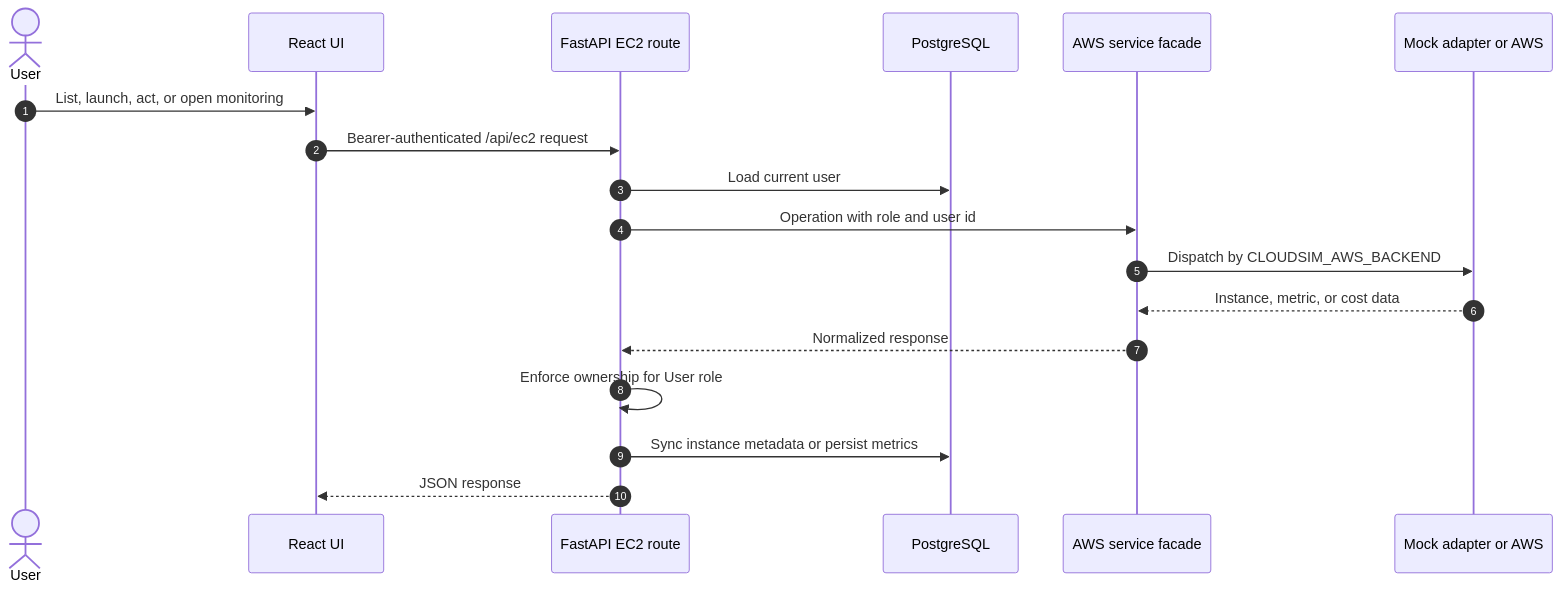
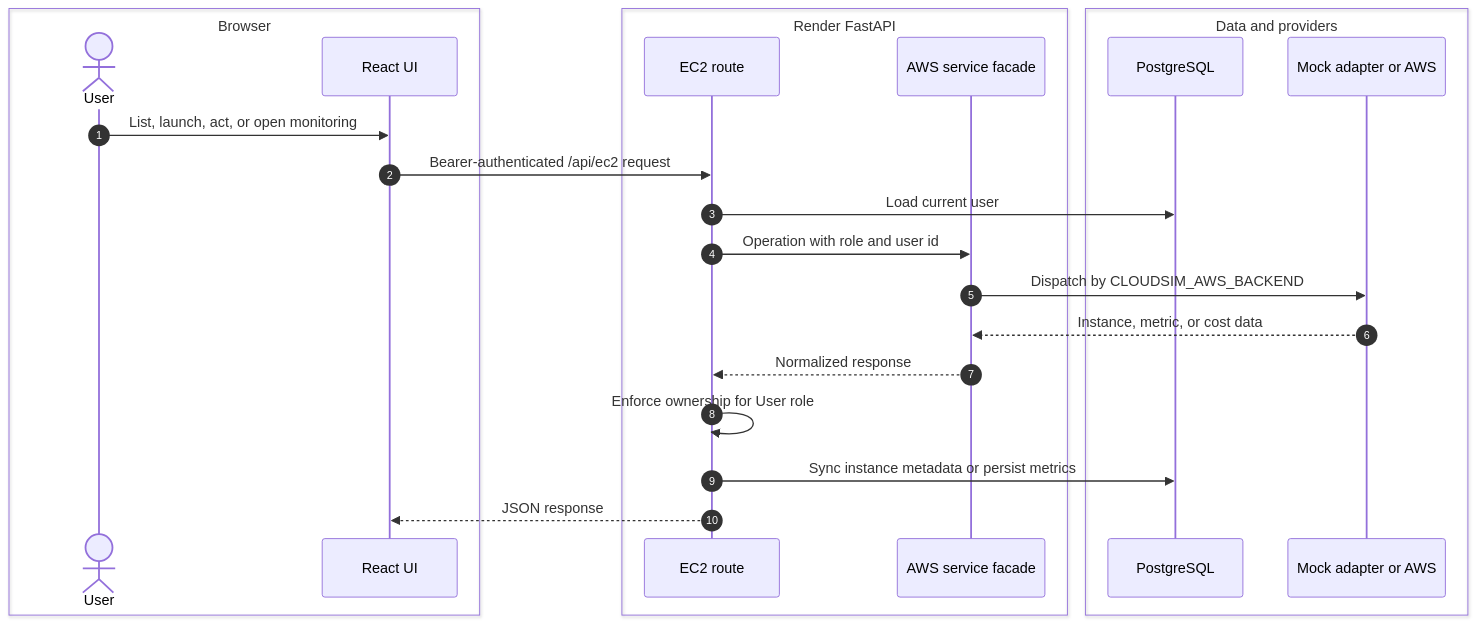
Before and after one commit to tccao/CloudSim: the third of 3 diagrams in architectureDiagram.md, drawn with Mermaid. The commit also changed other lines of this file and 24 other files, not shown here.

````diff
--- a/architectureDiagram.md
+++ b/architectureDiagram.md
@@ -115,21 +121,27 @@
 ```mermaid
 sequenceDiagram
     autonumber
-    actor User
-    participant UI as React UI
-    participant Route as FastAPI EC2 route
-    participant DB as PostgreSQL
-    participant Facade as AWS service facade
-    participant Provider as Mock adapter or AWS
+    box Browser
+        actor User
+        participant UI as React UI
+    end
+    box Render FastAPI
+        participant Route as EC2 route
+        participant Facade as AWS service facade
+    end
+    box Data and providers
+        participant DB as PostgreSQL
+        participant Provider as Mock adapter or AWS
+    end
 
     User->>UI: List, launch, act, or open monitoring
     UI->>Route: Bearer-authenticated /api/ec2 request
     Route->>DB: Load current user
     Route->>Facade: Operation with role and user id
     Facade->>Provider: Dispatch by CLOUDSIM_AWS_BACKEND
     Provider-->>Facade: Instance, metric, or cost data
     Facade-->>Route: Normalized response
     Route->>Route: Enforce ownership for User role
     Route->>DB: Sync instance metadata or persist metrics
     Route-->>UI: JSON response
 ```
````
